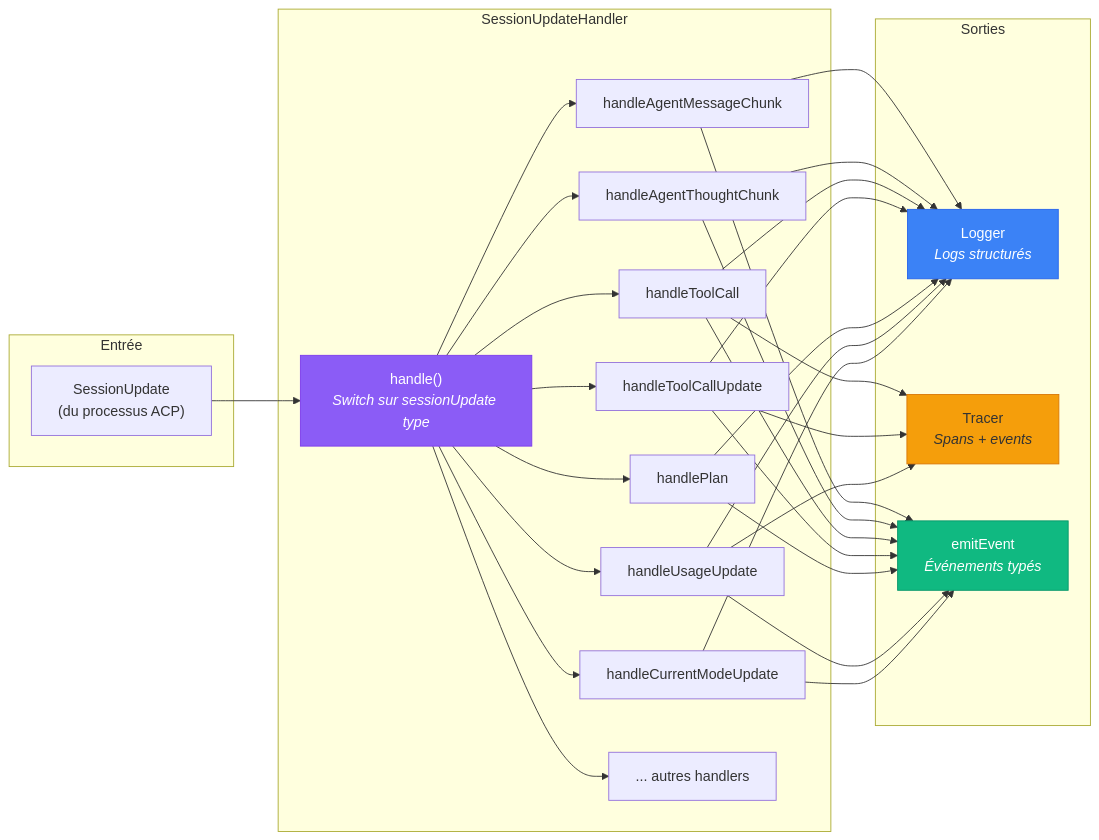
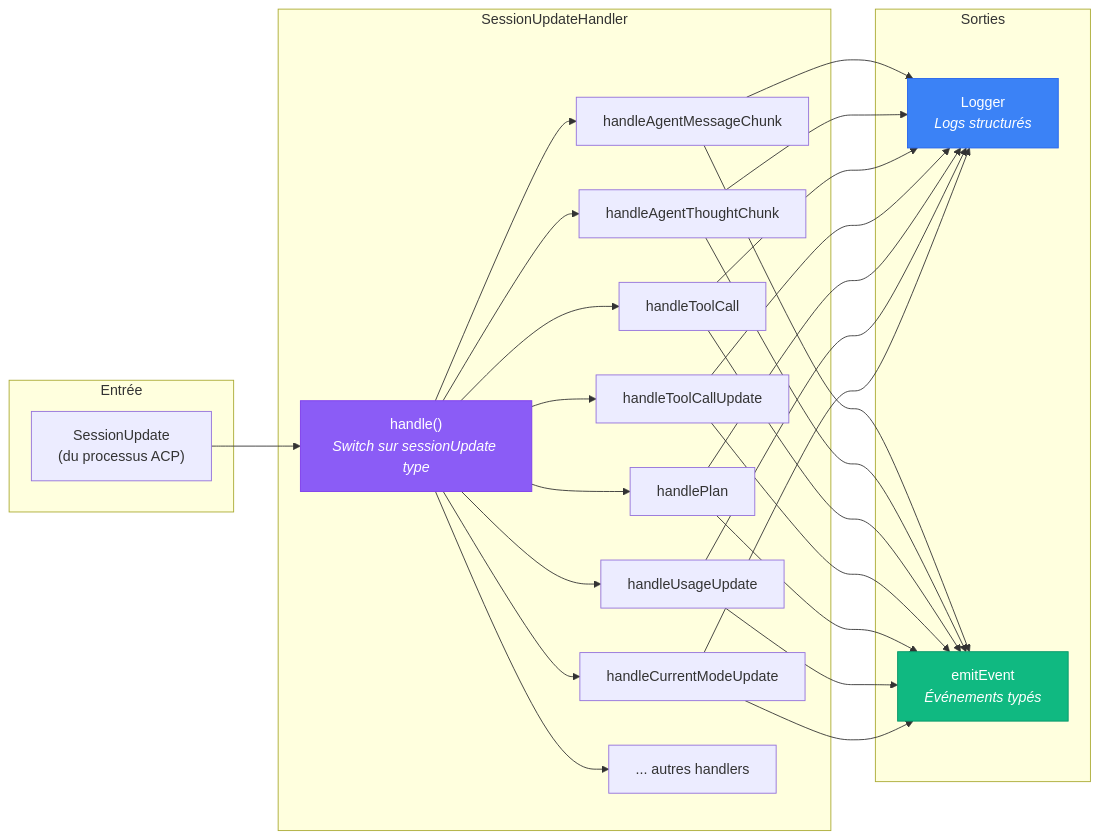
The first of 7 diagrams in docs/components/session-update-handler.md (atinseau/stark), drawn with Mermaid before and after one commit. The commit also changed other lines of this file and 13 other files, not shown here.

````diff
--- a/docs/components/session-update-handler.md
+++ b/docs/components/session-update-handler.md
@@ -30,40 +29,38 @@
 ```mermaid
 flowchart LR
     subgraph "Entrée"
         ACP["SessionUpdate<br/>(du processus ACP)"]
     end
 
     subgraph "SessionUpdateHandler"
         SWITCH["handle()<br/><em>Switch sur sessionUpdate type</em>"]
 
         MSG["handleAgentMessageChunk"]
         THOUGHT["handleAgentThoughtChunk"]
         TOOL["handleToolCall"]
         TOOL_UPD["handleToolCallUpdate"]
         PLAN["handlePlan"]
         USAGE["handleUsageUpdate"]
         MODE["handleCurrentModeUpdate"]
         OTHER["... autres handlers"]
     end
 
     subgraph "Sorties"
         LOG["Logger<br/><em>Logs structurés</em>"]
-        TRACE["Tracer<br/><em>Spans + events</em>"]
         EMIT["emitEvent<br/><em>Événements typés</em>"]
     end
 
     ACP --> SWITCH
     SWITCH --> MSG --> LOG & EMIT
     SWITCH --> THOUGHT --> LOG & EMIT
-    SWITCH --> TOOL --> LOG & TRACE & EMIT
-    SWITCH --> TOOL_UPD --> LOG & TRACE & EMIT
+    SWITCH --> TOOL --> LOG & EMIT
+    SWITCH --> TOOL_UPD --> LOG & EMIT
     SWITCH --> PLAN --> LOG & EMIT
-    SWITCH --> USAGE --> LOG & TRACE & EMIT
+    SWITCH --> USAGE --> LOG & EMIT
     SWITCH --> MODE --> LOG & EMIT
     SWITCH --> OTHER
 
     style SWITCH fill:#8b5cf6,stroke:#7c3aed,color:#fff
     style LOG fill:#3b82f6,stroke:#2563eb,color:#fff
-    style TRACE fill:#f59e0b,stroke:#d97706
     style EMIT fill:#10b981,stroke:#059669,color:#fff
 ```
````
